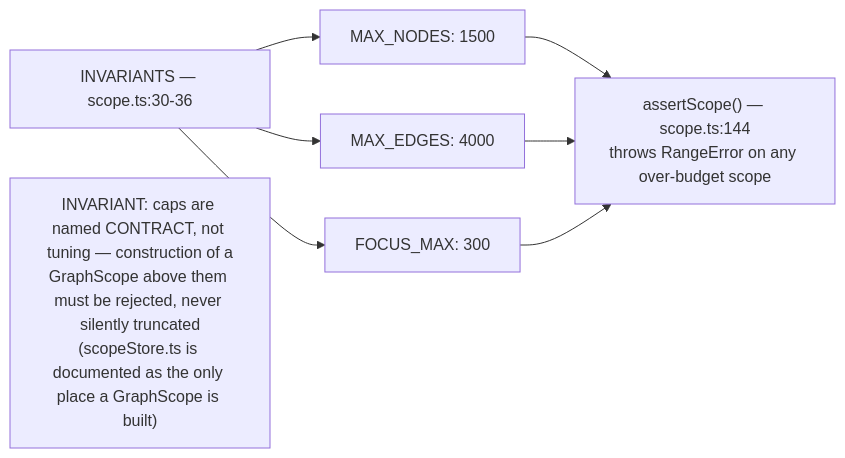
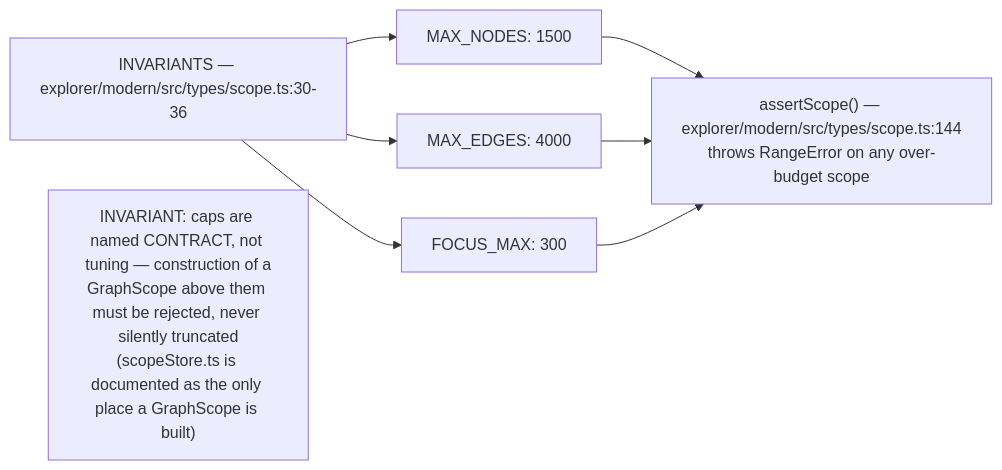
The third of 5 diagrams in docs/diagrams/knowledgegraph/04-explorer-and-site-build.md (DreamLab-AI/VisionFlow), drawn with Mermaid before and after one commit. The commit also changed other lines of this file and 94 other files, not shown here.

First line of the commit message:
docs(diagrams): re-verify 130 topics against 2 October HEADs

````diff
--- a/docs/diagrams/knowledgegraph/04-explorer-and-site-build.md
+++ b/docs/diagrams/knowledgegraph/04-explorer-and-site-build.md
@@ -63,13 +64,13 @@
 ```mermaid
 flowchart LR
-    INV["INVARIANTS — scope.ts:30-36"]
+    INV["INVARIANTS — explorer/modern/src/types/scope.ts:30-36"]
     MN["MAX_NODES: 1500"]
     ME["MAX_EDGES: 4000"]
     FM["FOCUS_MAX: 300"]
     INV --> MN & ME & FM
-    ASSERT["assertScope#40;#41; — scope.ts:144<br/>throws RangeError on any over-budget scope"]
+    ASSERT["assertScope#40;#41; — explorer/modern/src/types/scope.ts:144<br/>throws RangeError on any over-budget scope"]
     MN --> ASSERT
     ME --> ASSERT
     FM --> ASSERT
     note1["INVARIANT: caps are named CONTRACT, not tuning — construction of a<br/>GraphScope above them must be rejected, never silently truncated<br/>(scopeStore.ts is documented as the only place a GraphScope is built)"]
 ```
````
